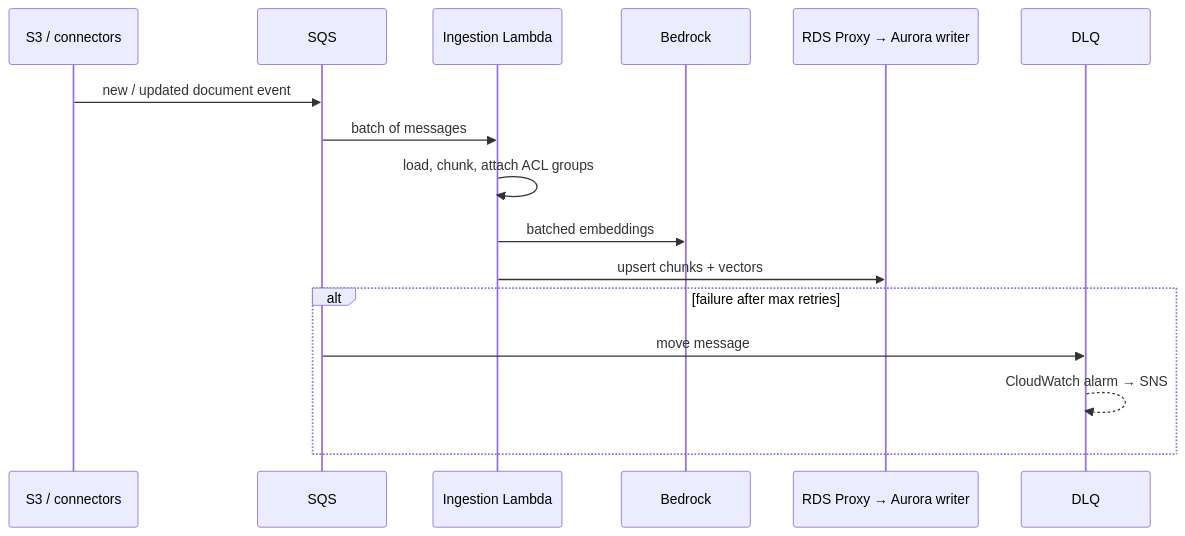
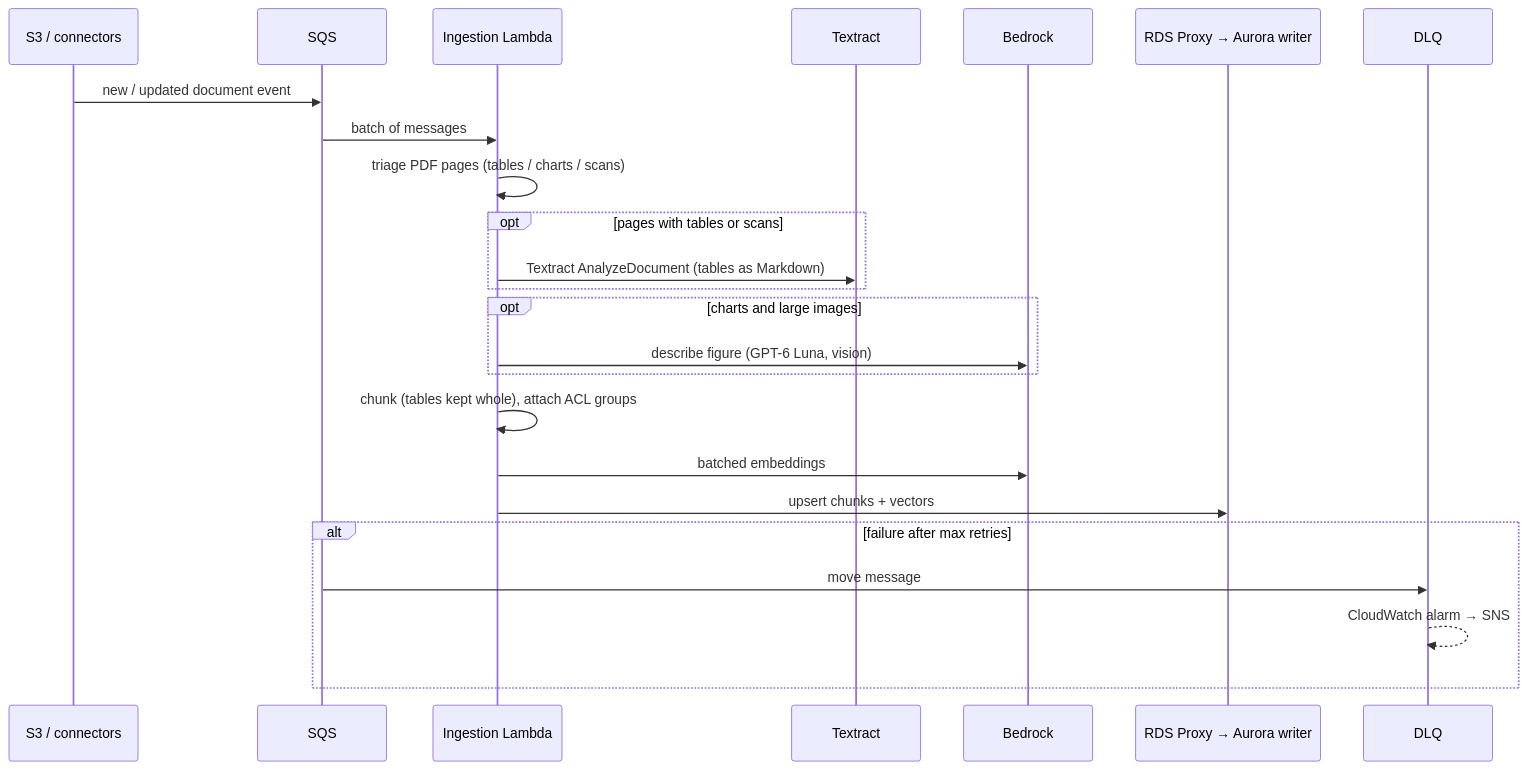
The sixth of 6 diagrams in docs/architecture/production-upgrade.md (msajjauddin/enterprise-rag-app-on-aws), drawn with Mermaid before and after one commit. The commit also changed other lines of this file and 22 other files, not shown here.

First line of the commit message:
Ingest tables, charts and scanned pages from PDFs

````diff
--- a/docs/architecture/production-upgrade.md
+++ b/docs/architecture/production-upgrade.md
@@ -193,19 +193,27 @@
 ```mermaid
 sequenceDiagram
     participant S as S3 / connectors
     participant Q as SQS
     participant L as Ingestion Lambda
+    participant T as Textract
     participant B as Bedrock
     participant P as RDS Proxy → Aurora writer
     participant D as DLQ
 
     S->>Q: new / updated document event
     Q->>L: batch of messages
-    L->>L: load, chunk, attach ACL groups
+    L->>L: triage PDF pages (tables / charts / scans)
+    opt pages with tables or scans
+        L->>T: Textract AnalyzeDocument (tables as Markdown)
+    end
+    opt charts and large images
+        L->>B: describe figure (GPT-6 Luna, vision)
+    end
+    L->>L: chunk (tables kept whole), attach ACL groups
     L->>B: batched embeddings
     L->>P: upsert chunks + vectors
     alt failure after max retries
         Q->>D: move message
         D-->>D: CloudWatch alarm → SNS
     end
 ```
````
